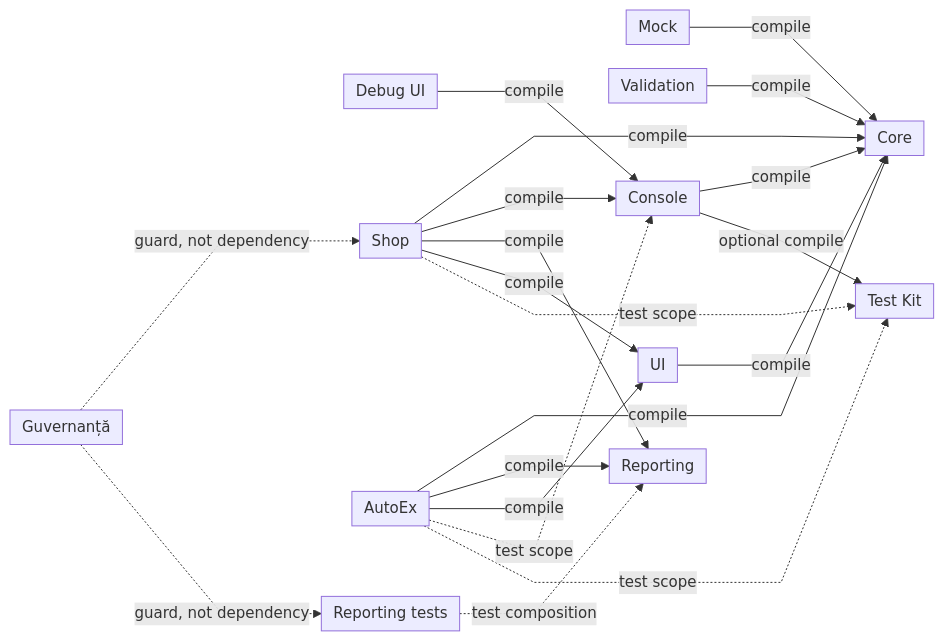
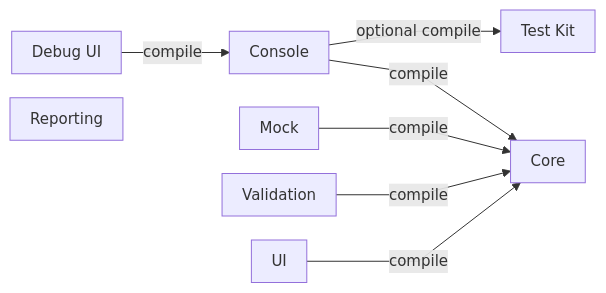
The first of 12 diagrams in docs/ATF_Architecture.md (crististefanita/atf_j0), drawn with Mermaid before and after one commit. The commit also changed other lines of this file and 181 other files, not shown here.

````diff
--- a/docs/ATF_Architecture.md
+++ b/docs/ATF_Architecture.md
@@ -31,24 +34,11 @@
 ```mermaid
-%%{init: {"themeVariables":{"fontSize":"15px"},"themeCSS":".nodeLabel, .nodeLabel p { font-size: 15px !important; line-height: 1.35 !important; } .edgeLabel, .edgeLabel p { font-size: 12px !important; font-weight: 400 !important; line-height: 1.2 !important; } .edgeLabel .labelBkg, .edgeLabel p { background: transparent !important; } .edgeLabel foreignObject { transform: translateY(-18px); overflow: visible; } .node rect { rx: 6px; ry: 6px; } .edgeLabel [data-id=\"L_Console_Kit_0\"] foreignObject { transform: translate(0px, -28px); } .edgeLabel [data-id=\"L_Ui_Core_0\"] foreignObject { transform: translate(-24px, -18px); } .edgeLabel [data-id=\"L_Shop_Ui_0\"] foreignObject { transform: translate(-24px, -28px); } .edgeLabel [data-id=\"L_Shop_Kit_0\"] foreignObject { transform: translate(24px, -18px); } .edgeLabel [data-id=\"L_AutoEx_Core_0\"] foreignObject { transform: translate(24px, -18px); } .edgeLabel [data-id=\"L_AutoEx_Console_0\"] foreignObject { transform: translate(-24px, -28px); } .edgeLabel [data-id=\"L_ReportingTests_Reporting_0\"] foreignObject { transform: translate(0px, 18px); } .edgeLabel [data-id=\"L_Governance_ReportingTests_0\"] foreignObject { transform: translate(0px, 18px); } .edgeLabel [data-id=\"L_AutoEx_Ui_0\"] foreignObject { transform: translate(24px, 28px); }","flowchart":{"curve":"linear","nodeSpacing":24,"rankSpacing":24,"padding":6,"diagramPadding":20}}}%%
+%%{init: {"themeVariables":{"fontSize":"15px"},"themeCSS":".nodeLabel, .nodeLabel p { font-size: 15px !important; line-height: 1.35 !important; } .edgeLabel, .edgeLabel p { font-size: 12px !important; font-weight: 400 !important; line-height: 1.2 !important; } .edgeLabel .labelBkg, .edgeLabel p { background: transparent !important; } .edgeLabel foreignObject { transform: translateY(-18px); overflow: visible; } .node rect { rx: 6px; ry: 6px; }","flowchart":{"curve":"linear","nodeSpacing":24,"rankSpacing":40,"padding":10,"diagramPadding":16}}}%%
 flowchart LR
-    Mock["Mock"] -->|compile| Core["Core"]
+    Debug["Debug UI"] -->|compile| Console["Console"]
+    Console -->|compile| Core["Core"]
+    Console -->|optional compile| Kit["Test Kit"]
+    Mock["Mock"] -->|compile| Core
     Validation["Validation"] -->|compile| Core
-    Console["Console"] -->|compile| Core
+    Ui["UI"] -->|compile| Core
     Reporting["Reporting"]
-    Console -->|optional compile| Kit["Test Kit"]
-    Ui["UI"] -->|compile| Core
-    Debug["Debug UI"] -->|compile| Console
-    Shop["Shop"] -->|compile| Core
-    Shop -->|compile| Console
-    Shop -->|compile| Reporting
-    Shop -->|compile| Ui
-    Shop -.->|test scope| Kit
-    AutoEx["AutoEx"] -->|compile| Core
-    AutoEx -->|compile| Reporting
-    AutoEx -->|compile| Ui
-    AutoEx -.->|test scope| Console
-    AutoEx -.->|test scope| Kit
-    ReportingTests["Reporting tests"] -.->|test composition| Reporting
-    Governance["Guvernanță"] -.->|guard, not dependency| Shop
-    Governance -.->|guard, not dependency| ReportingTests
 ```
````
